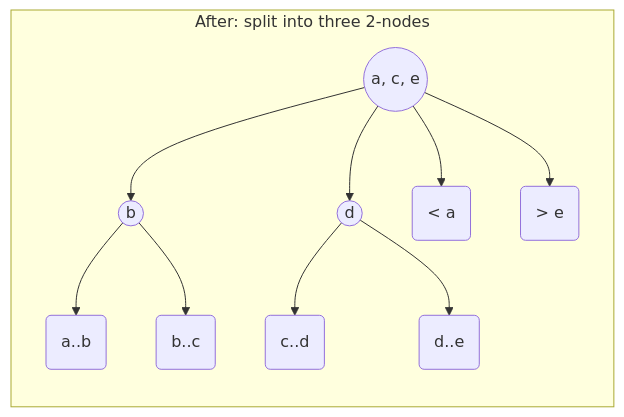
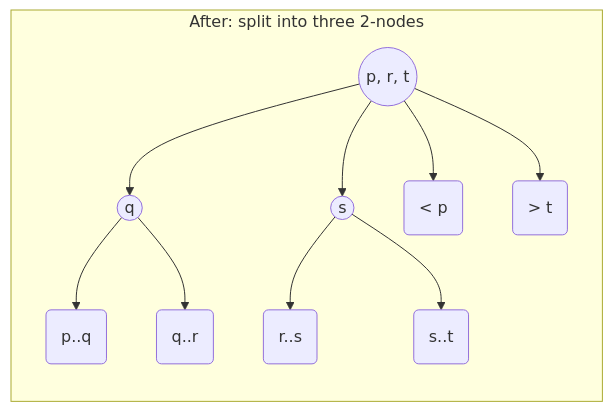
Before and after one commit to tmtxt/tmtxt.github.com: the fourth of 5 diagrams in _drafts/2018-09-24-2-3-search-trees.md, drawn with Mermaid. The commit also changed other lines of this file, not shown here.

```diff
--- a/_drafts/2018-09-24-2-3-search-trees.md
+++ b/_drafts/2018-09-24-2-3-search-trees.md
@@ -162,14 +162,14 @@
 <div class="mermaid">
 graph TD
   subgraph After["After: split into three 2-nodes"]
     direction TB
-    ACE(("a, c, e")) --> B((b))
-    ACE --> D((d))
-    ACE --> M1("&lt; a")
-    ACE --> M6("&gt; e")
-    B --> M2("a..b")
-    B --> M3("b..c")
-    D --> M4("c..d")
-    D --> M5("d..e")
+    PRT(("p, r, t")) --> Q((q))
+    PRT --> S((s))
+    PRT --> M1("&lt; p")
+    PRT --> M6("&gt; t")
+    Q --> M2("p..q")
+    Q --> M3("q..r")
+    S --> M4("r..s")
+    S --> M5("s..t")
   end
 </div>
```
